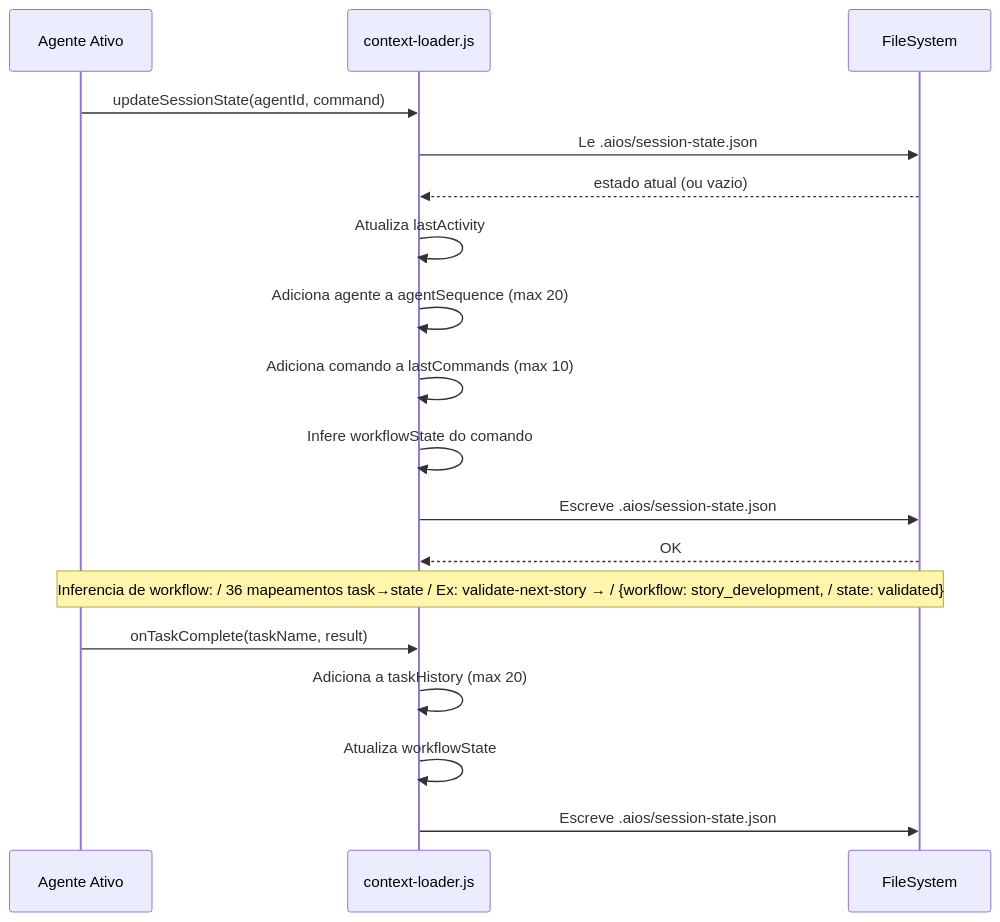
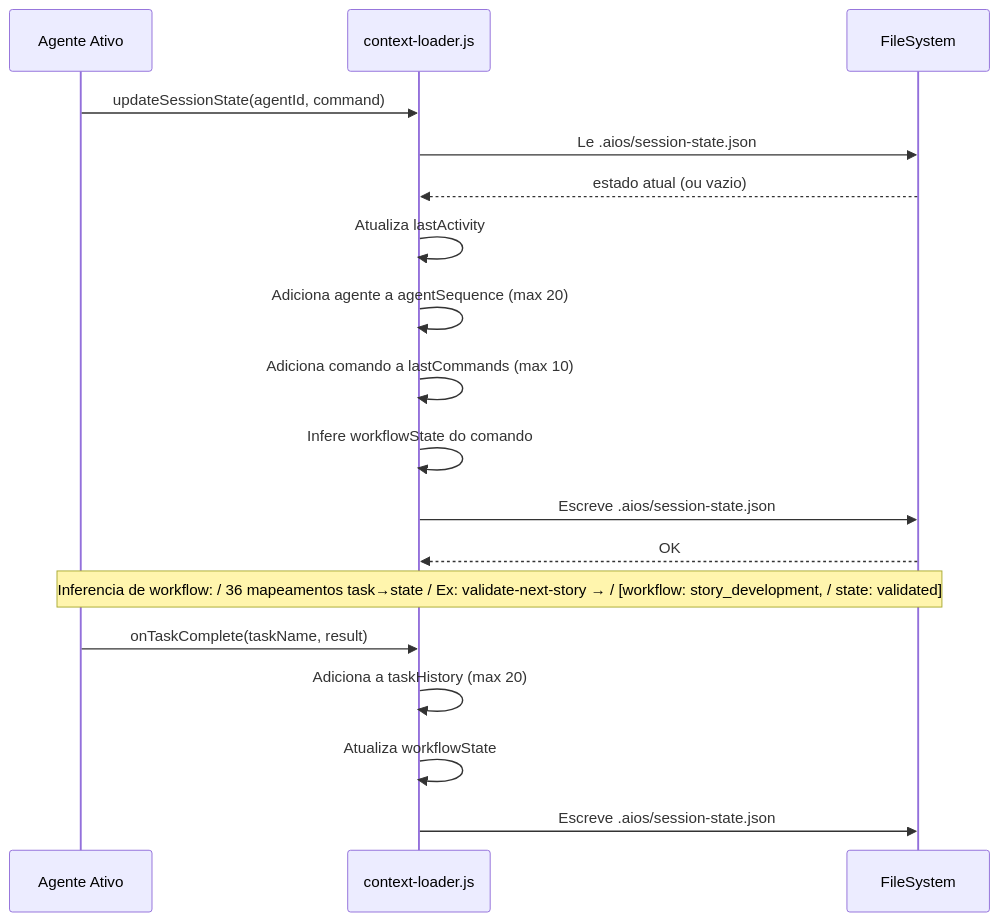
One commit to bychrisr/aios-docs changed the tenth of 18 diagrams in content/en/docs/guides/MEMORY-SYSTEM.mdx. Above: the diagram before and after it, drawn with Mermaid. The commit also changed other lines of this file and 40 other files, not shown here.

````diff
--- a/content/en/docs/guides/MEMORY-SYSTEM.mdx
+++ b/content/en/docs/guides/MEMORY-SYSTEM.mdx
@@ -480,25 +480,25 @@
 ```mermaid
 sequenceDiagram
     participant Agent as Agente Ativo
     participant CL as context-loader.js
     participant FS as FileSystem
 
     Agent->>CL: updateSessionState(agentId, command)
     CL->>FS: Le .aios/session-state.json
     FS-->>CL: estado atual (ou vazio)
 
     CL->>CL: Atualiza lastActivity
     CL->>CL: Adiciona agente a agentSequence (max 20)
     CL->>CL: Adiciona comando a lastCommands (max 10)
     CL->>CL: Infere workflowState do comando
 
     CL->>FS: Escreve .aios/session-state.json
     FS-->>CL: OK
 
-    Note over Agent,FS: Inferencia de workflow: / 36 mapeamentos task→state / Ex: validate-next-story → / {workflow: story_development, / state: validated}
+    Note over Agent,FS: Inferencia de workflow: / 36 mapeamentos task→state / Ex: validate-next-story → / [workflow: story_development, / state: validated]
 
     Agent->>CL: onTaskComplete(taskName, result)
     CL->>CL: Adiciona a taskHistory (max 20)
     CL->>CL: Atualiza workflowState
     CL->>FS: Escreve .aios/session-state.json
 ```
````
